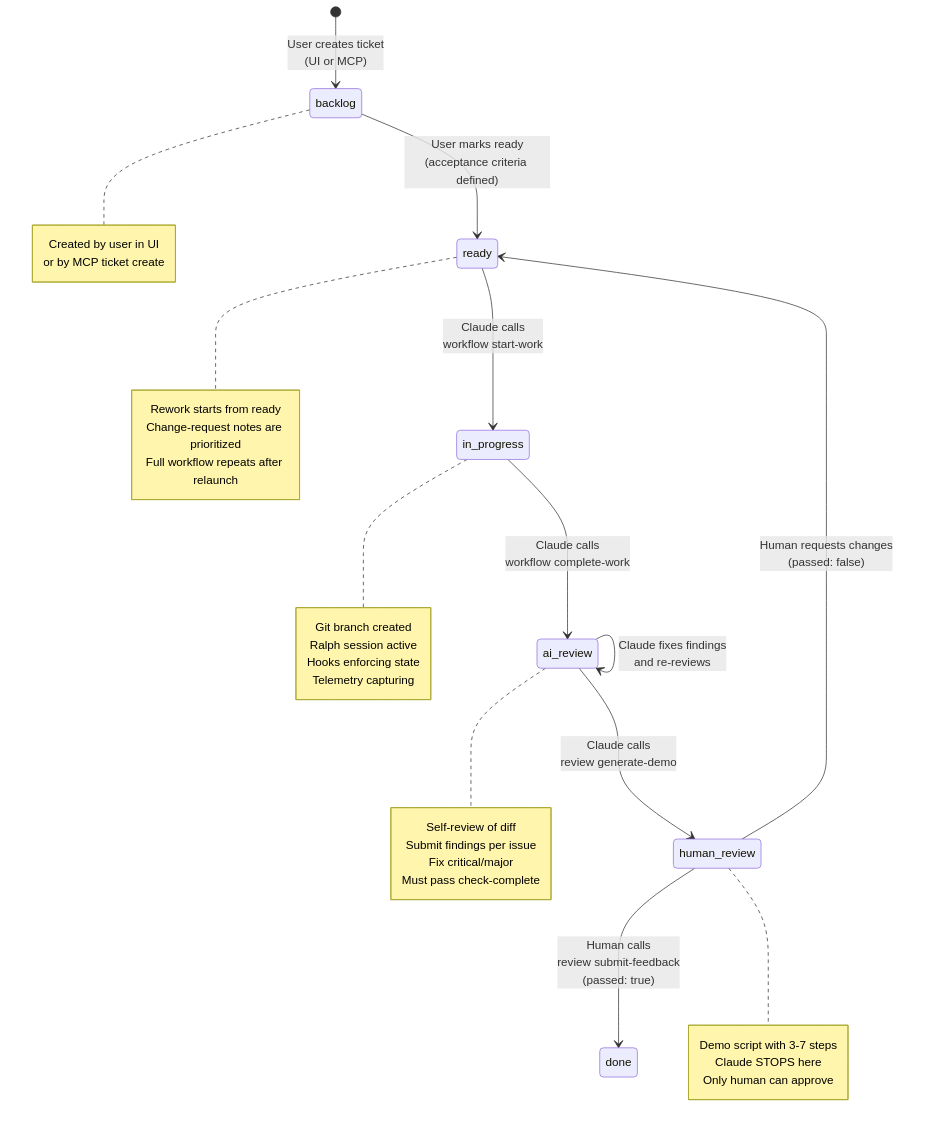
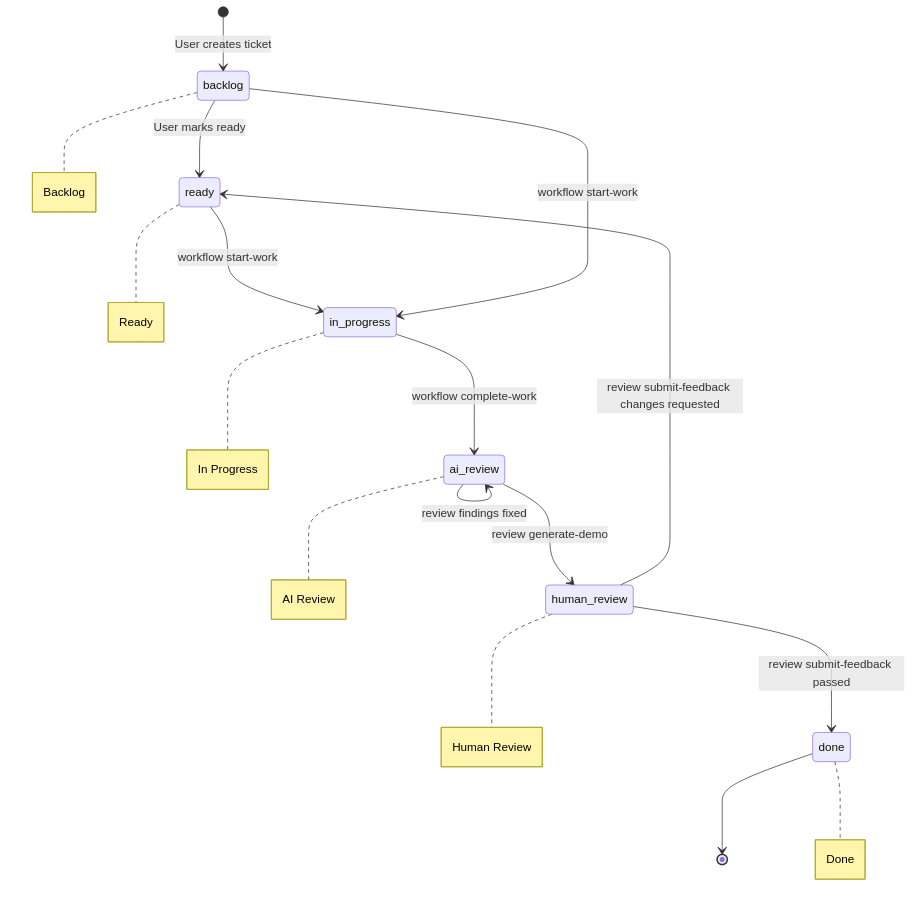
Before and after one commit to salmanrrana/brain-dump: the first of 15 diagrams in docs/claude-flow-ticket-lifecycle.md, drawn with Mermaid. The commit also changed other lines of this file and 31 other files, not shown here.

````diff
--- a/docs/claude-flow-ticket-lifecycle.md
+++ b/docs/claude-flow-ticket-lifecycle.md
@@ -11,49 +11,20 @@
 ```mermaid
 stateDiagram-v2
-    [*] --> backlog: User creates ticket<br/>(UI or MCP)
+    [*] --> backlog: User creates ticket
+    backlog --> ready: User marks ready
+    ready --> in_progress: workflow start-work
+    backlog --> in_progress: workflow start-work
+    in_progress --> ai_review: workflow complete-work
+    ai_review --> ai_review: review findings fixed
+    ai_review --> human_review: review generate-demo
+    human_review --> done: review submit-feedback passed
+    human_review --> ready: review submit-feedback changes requested
+    done --> [*]
 
-    backlog --> ready: User marks ready<br/>(acceptance criteria defined)
-
-    ready --> in_progress: Claude calls<br/>workflow start-work
-
-    in_progress --> ai_review: Claude calls<br/>workflow complete-work
-
-    ai_review --> ai_review: Claude fixes findings<br/>and re-reviews
-
-    ai_review --> human_review: Claude calls<br/>review generate-demo
-
-    human_review --> done: Human calls<br/>review submit-feedback<br/>(passed: true)
-
-    human_review --> ready: Human requests changes<br/>(passed: false)
-
-    note right of backlog
-        Created by user in UI
-        or by MCP ticket create
-    end note
-
-    note right of in_progress
-        Git branch created
-        Ralph session active
-        Hooks enforcing state
-        Telemetry capturing
-    end note
-
-    note right of ai_review
-        Self-review of diff
-        Submit findings per issue
-        Fix critical/major
-        Must pass check-complete
-    end note
-
-    note right of human_review
-        Demo script with 3-7 steps
-        Claude STOPS here
-        Only human can approve
-    end note
-
-    note right of ready
-        Rework starts from ready
-        Change-request notes are prioritized
-        Full workflow repeats after relaunch
-    end note
+    note right of backlog: Backlog
+    note right of ready: Ready
+    note right of in_progress: In Progress
+    note right of ai_review: AI Review
+    note right of human_review: Human Review
+    note right of done: Done
 ```
````
